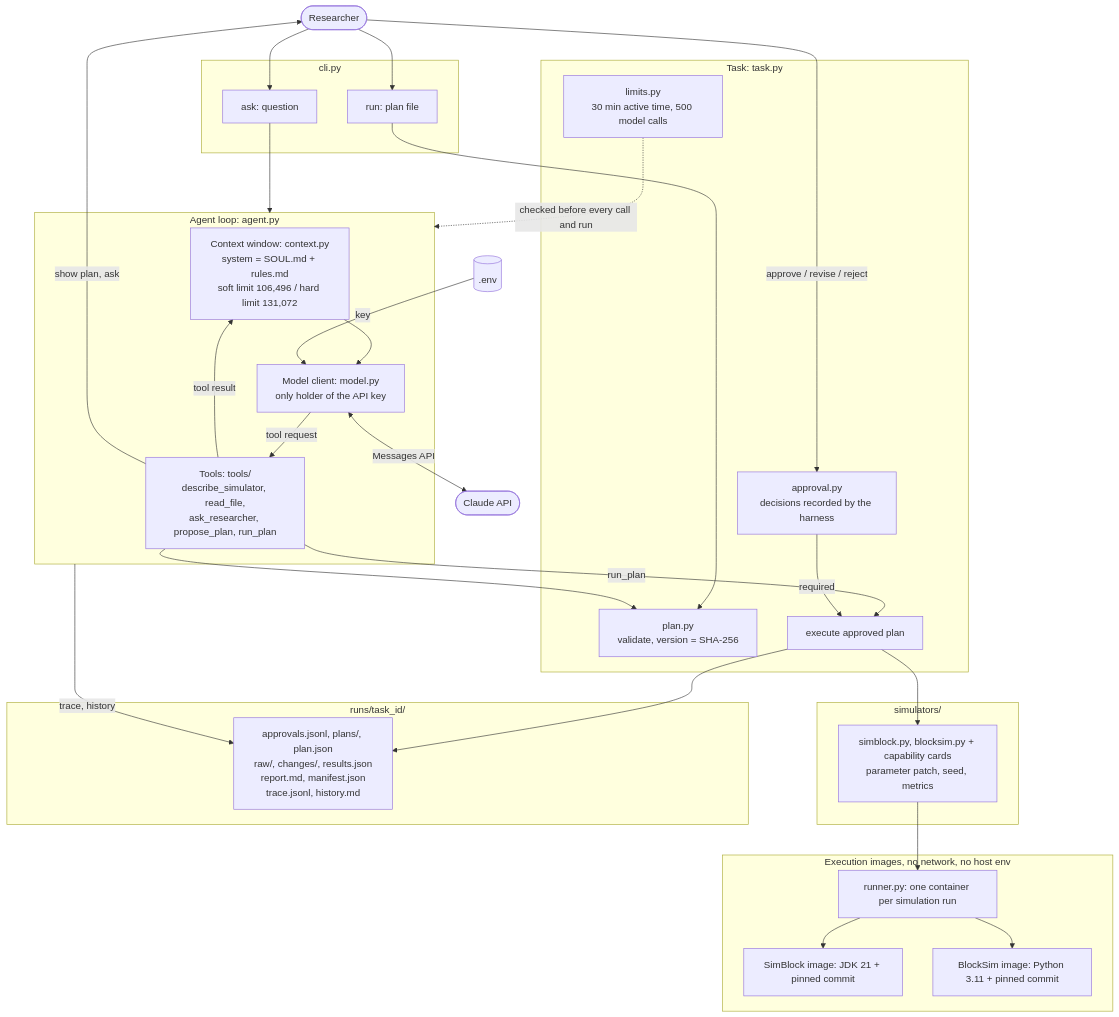
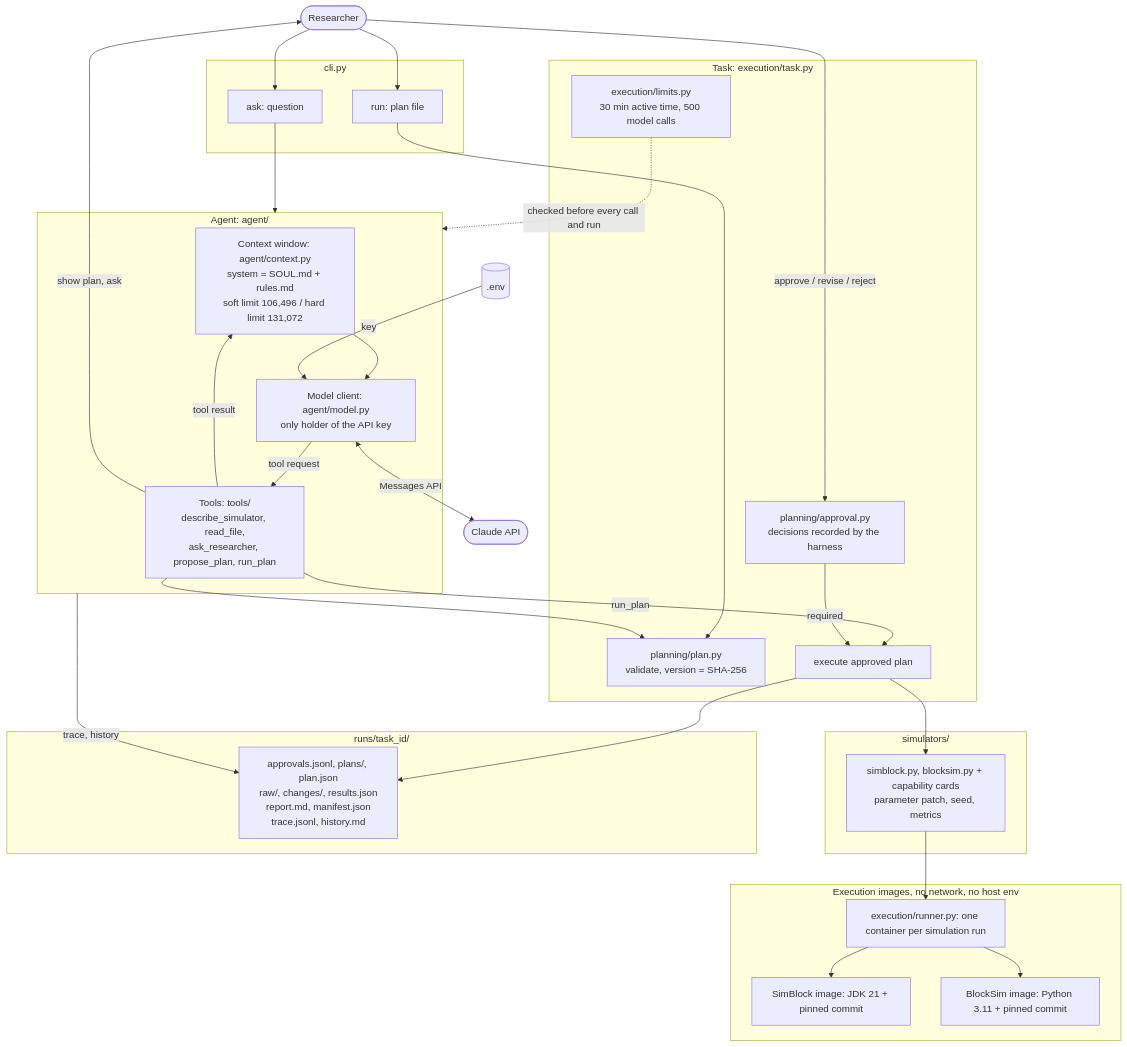
One commit to teiyou416/abc-harness changed the diagram in docs/architecture.md. Above: the diagram before and after it, drawn with Mermaid. The commit also changed other lines of this file and 37 other files, not shown here.

First line of the commit message:
Group the package into one folder per layer and add a module map

````diff
--- a/docs/architecture.md
+++ b/docs/architecture.md
@@ -8,53 +8,53 @@
 ```mermaid
 flowchart TB
     R(["Researcher"])
 
     subgraph CLI["cli.py"]
         ASK["ask: question"]
         RUN["run: plan file"]
     end
 
-    subgraph LOOP["Agent loop: agent.py"]
-        CTX["Context window: context.py<br/>system = SOUL.md + rules.md<br/>soft limit 106,496 / hard limit 131,072"]
-        LLM["Model client: model.py<br/>only holder of the API key"]
+    subgraph LOOP["Agent: agent/"]
+        CTX["Context window: agent/context.py<br/>system = SOUL.md + rules.md<br/>soft limit 106,496 / hard limit 131,072"]
+        LLM["Model client: agent/model.py<br/>only holder of the API key"]
         TOOLS["Tools: tools/<br/>describe_simulator, read_file,<br/>ask_researcher, propose_plan, run_plan"]
         CTX --> LLM -->|tool request| TOOLS -->|tool result| CTX
     end
 
-    subgraph TASK["Task: task.py"]
-        PLAN["plan.py<br/>validate, version = SHA-256"]
-        APPROVAL["approval.py<br/>decisions recorded by the harness"]
-        LIMITS["limits.py<br/>30 min active time, 500 model calls"]
+    subgraph TASK["Task: execution/task.py"]
+        PLAN["planning/plan.py<br/>validate, version = SHA-256"]
+        APPROVAL["planning/approval.py<br/>decisions recorded by the harness"]
+        LIMITS["execution/limits.py<br/>30 min active time, 500 model calls"]
         EXEC["execute approved plan"]
     end
 
     subgraph SIM["simulators/"]
         ADAPTER["simblock.py, blocksim.py + capability cards<br/>parameter patch, seed, metrics"]
     end
 
     subgraph DOCKER["Execution images, no network, no host env"]
-        RUNNER["runner.py: one container per simulation run"]
+        RUNNER["execution/runner.py: one container per simulation run"]
         SIMBLOCK["SimBlock image: JDK 21 + pinned commit"]
         BLOCKSIM["BlockSim image: Python 3.11 + pinned commit"]
         RUNNER --> SIMBLOCK
         RUNNER --> BLOCKSIM
     end
 
     subgraph ART["runs/task_id/"]
         FILES["approvals.jsonl, plans/, plan.json<br/>raw/, changes/, results.json<br/>report.md, manifest.json<br/>trace.jsonl, history.md"]
     end
 
     ENV[(".env")] -->|key| LLM
     LLM <-->|Messages API| CLAUDE(["Claude API"])
     R --> ASK --> LOOP
     R --> RUN --> PLAN
     TOOLS --> PLAN
     TOOLS -->|show plan, ask| R
     R -->|approve / revise / reject| APPROVAL
     TOOLS -->|run_plan| EXEC
     APPROVAL -->|required| EXEC
     LIMITS -.->|checked before every call and run| LOOP
     EXEC --> ADAPTER --> RUNNER
     EXEC --> FILES
     LOOP -->|trace, history| FILES
 ```
````
